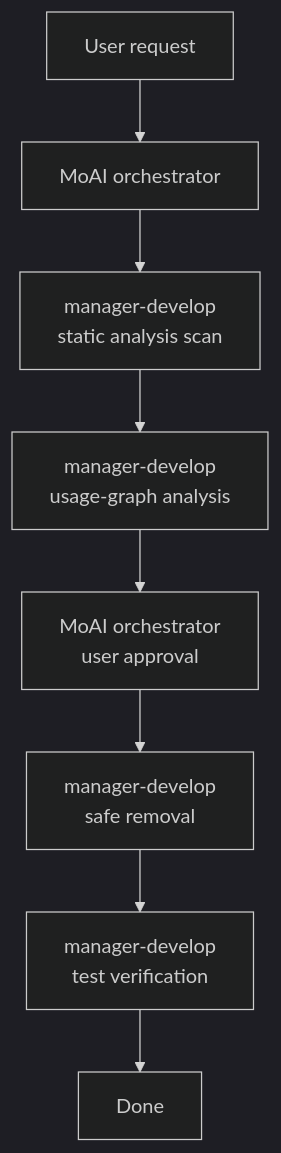
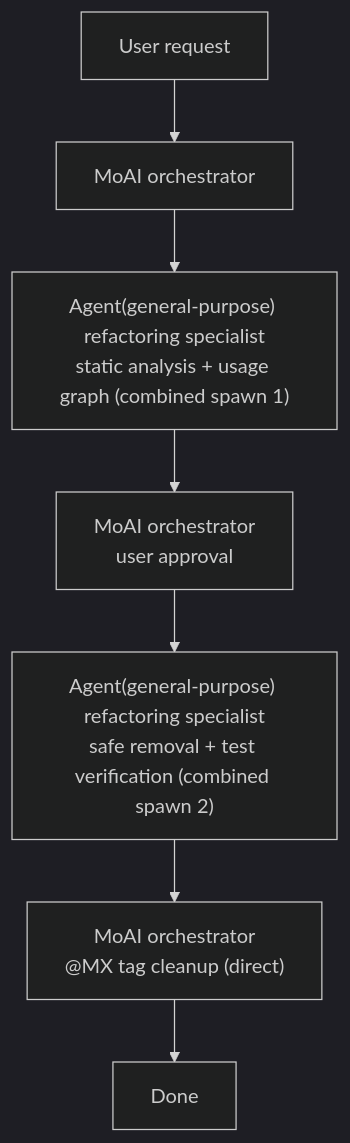
The second of 2 diagrams in docs-site/content/en/utility-commands/moai-clean.md (modu-ai/moai-adk), drawn with Mermaid (dark theme) before and after one commit. The commit also changed other lines of this file and 86 other files, not shown here.

First line of the commit message:
docs(ossdocs): v3.1.1 doc-gap landing — 13-page x4-locale + mermaid fixes + version sync + backend-mix

````diff
--- a/docs-site/content/en/utility-commands/moai-clean.md
+++ b/docs-site/content/en/utility-commands/moai-clean.md
@@ -176,10 +178,9 @@
 ```mermaid
 flowchart TD
     User["User request"] --> MoAI["MoAI orchestrator"]
-    MoAI --> Refactor1["manager-develop<br/>static analysis scan"]
-    Refactor1 --> Refactor2["manager-develop<br/>usage-graph analysis"]
-    Refactor2 --> MoAI2["MoAI orchestrator<br/>user approval"]
-    MoAI2 --> Refactor3["manager-develop<br/>safe removal"]
-    Refactor3 --> Testing["manager-develop<br/>test verification"]
-    Testing --> Complete["Done"]
+    MoAI --> Refactor1["Agent(general-purpose) refactoring specialist<br/>static analysis + usage graph (combined spawn 1)"]
+    Refactor1 --> MoAI2["MoAI orchestrator<br/>user approval"]
+    MoAI2 --> Refactor2["Agent(general-purpose) refactoring specialist<br/>safe removal + test verification (combined spawn 2)"]
+    Refactor2 --> MoAI3["MoAI orchestrator<br/>@MX tag cleanup (direct)"]
+    MoAI3 --> Complete["Done"]
 ```
````
